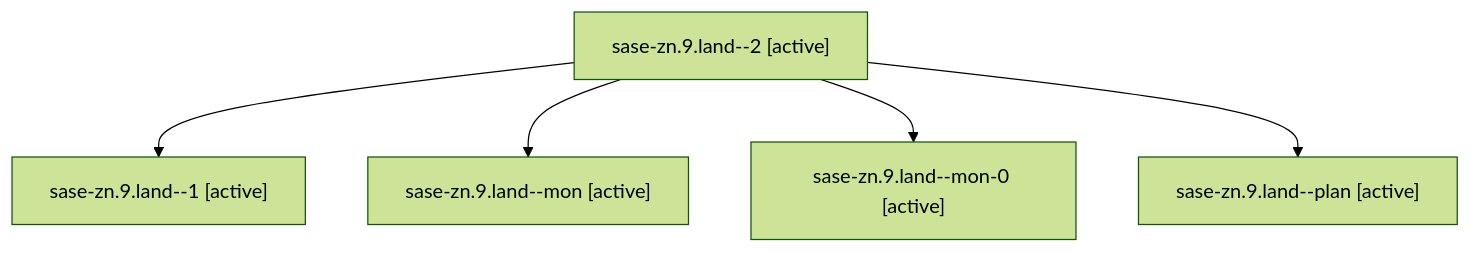
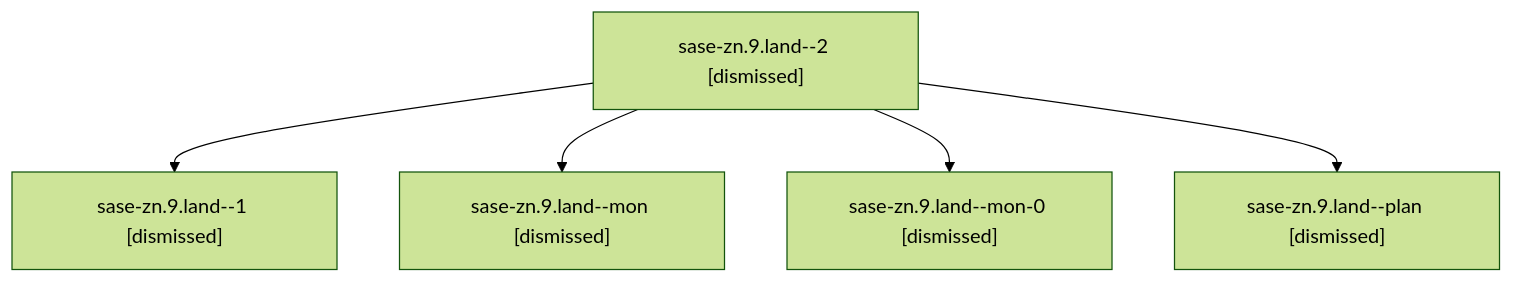
One commit to sase-org/sase--agents changed the diagram in sessions/bbugyi200.athena.sase-zn.9.land.md. Above: the diagram before and after it, drawn with Mermaid (forest theme). The commit also changed other lines of this file and 211 other files, not shown here.

````diff
--- a/sessions/bbugyi200.athena.sase-zn.9.land.md
+++ b/sessions/bbugyi200.athena.sase-zn.9.land.md
@@ -9,12 +9,12 @@
 ```mermaid
 flowchart TD
-  n0["sase-zn.9.land--2 [active]"]
-  n1["sase-zn.9.land--1 [active]"]
+  n0["sase-zn.9.land--2 [dismissed]"]
+  n1["sase-zn.9.land--1 [dismissed]"]
   n0 --> n1
-  n2["sase-zn.9.land--mon [active]"]
+  n2["sase-zn.9.land--mon [dismissed]"]
   n0 --> n2
-  n3["sase-zn.9.land--mon-0 [active]"]
+  n3["sase-zn.9.land--mon-0 [dismissed]"]
   n0 --> n3
-  n4["sase-zn.9.land--plan [active]"]
+  n4["sase-zn.9.land--plan [dismissed]"]
   n0 --> n4
 ```
````
